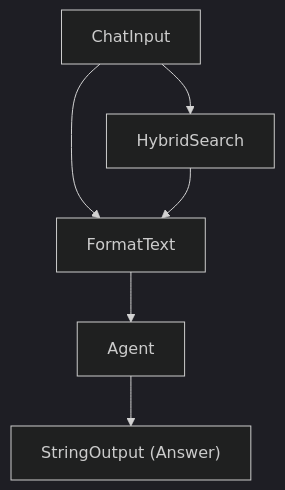
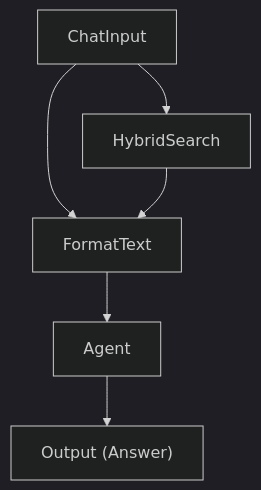
One commit to nodetool-ai/nodetool changed the fourth of 11 diagrams in docs/cookbook.md. Above: the diagram before and after it, drawn with Mermaid (dark theme). The commit also changed other lines of this file and 24 other files, not shown here.

```diff
--- a/docs/cookbook.md
+++ b/docs/cookbook.md
@@ -254,13 +254,13 @@
 {% mermaid %}
 graph TD
   chat_input["ChatInput"]
-  string_output["StringOutput (Answer)"]
+  output["Output (Answer)"]
   format_text["FormatText"]
   hybrid_search["HybridSearch"]
   agent["Agent"]
   chat_input --> format_text
   chat_input --> hybrid_search
   hybrid_search --> format_text
   format_text --> agent
-  agent --> string_output
+  agent --> output
 {% endmermaid %}
```
